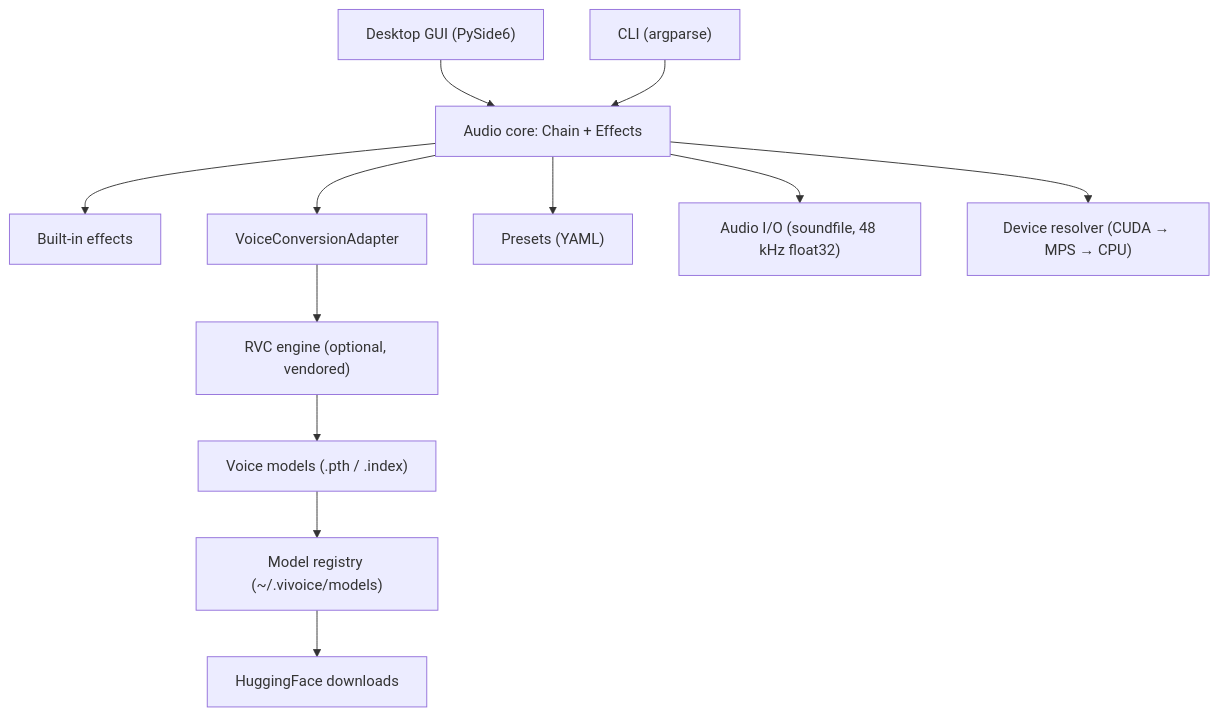
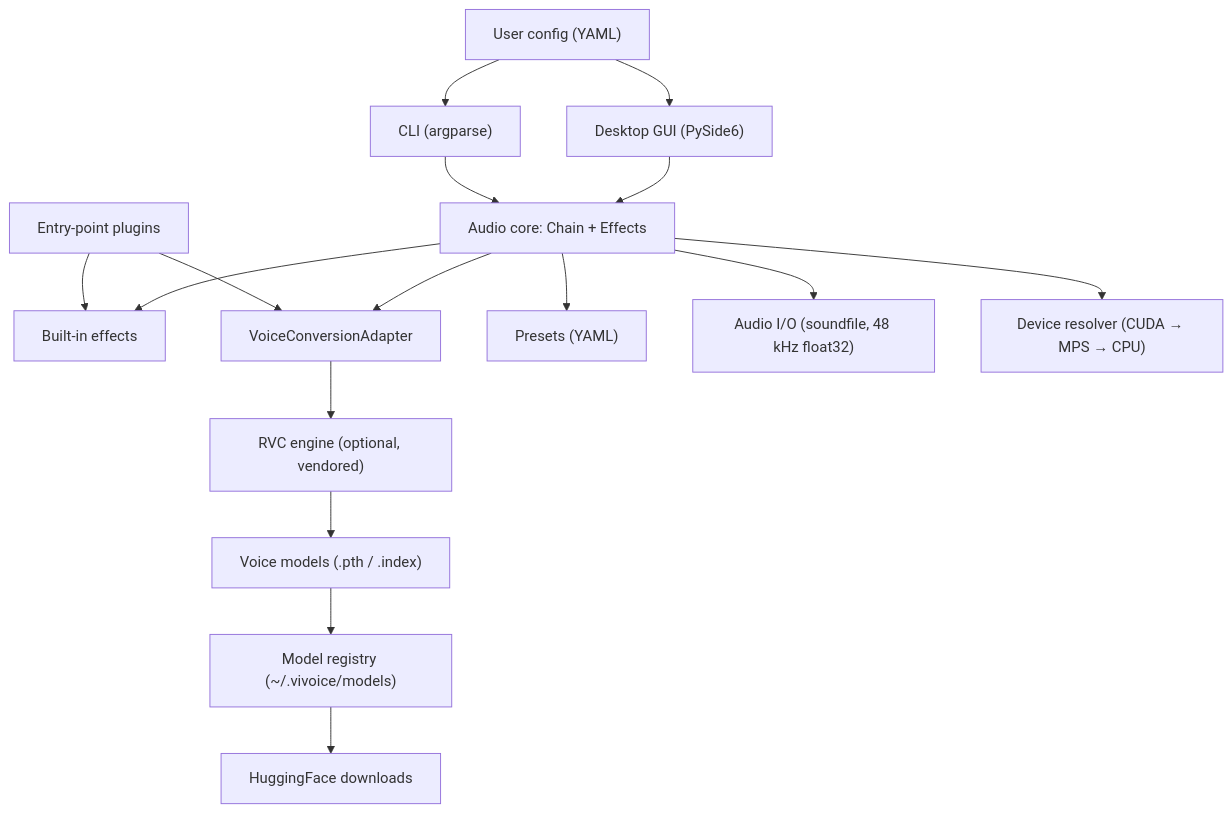
The diagram in docs/ARCHITECTURE.md (learnerbruse1/VIvoice), drawn with Mermaid before and after one commit. The commit also changed other lines of this file and 38 other files, not shown here.

Commit message:
v0.3.0: plugin entry points, param schemas, user config, chunked rendering, streaming pitch, GUI hardening and AI handbook

````diff
--- a/docs/ARCHITECTURE.md
+++ b/docs/ARCHITECTURE.md
@@ -6,14 +6,18 @@
 ```mermaid
 flowchart TD
     GUI["Desktop GUI (PySide6)"] --> Engine
     CLI["CLI (argparse)"] --> Engine
     Engine["Audio core: Chain + Effects"] --> Effects["Built-in effects"]
     Engine --> Adapter["VoiceConversionAdapter"]
     Adapter --> RVC["RVC engine (optional, vendored)"]
     Engine --> Presets["Presets (YAML)"]
     Engine --> Audio["Audio I/O (soundfile, 48 kHz float32)"]
     RVC --> Models["Voice models (.pth / .index)"]
     Models --> Store["Model registry (~/.vivoice/models)"]
     Store --> Hub["HuggingFace downloads"]
     Engine --> Devices["Device resolver (CUDA → MPS → CPU)"]
+    Plugins["Entry-point plugins"] --> Effects
+    Plugins --> Adapter
+    Config["User config (YAML)"] --> GUI
+    Config --> CLI
 ```
````
